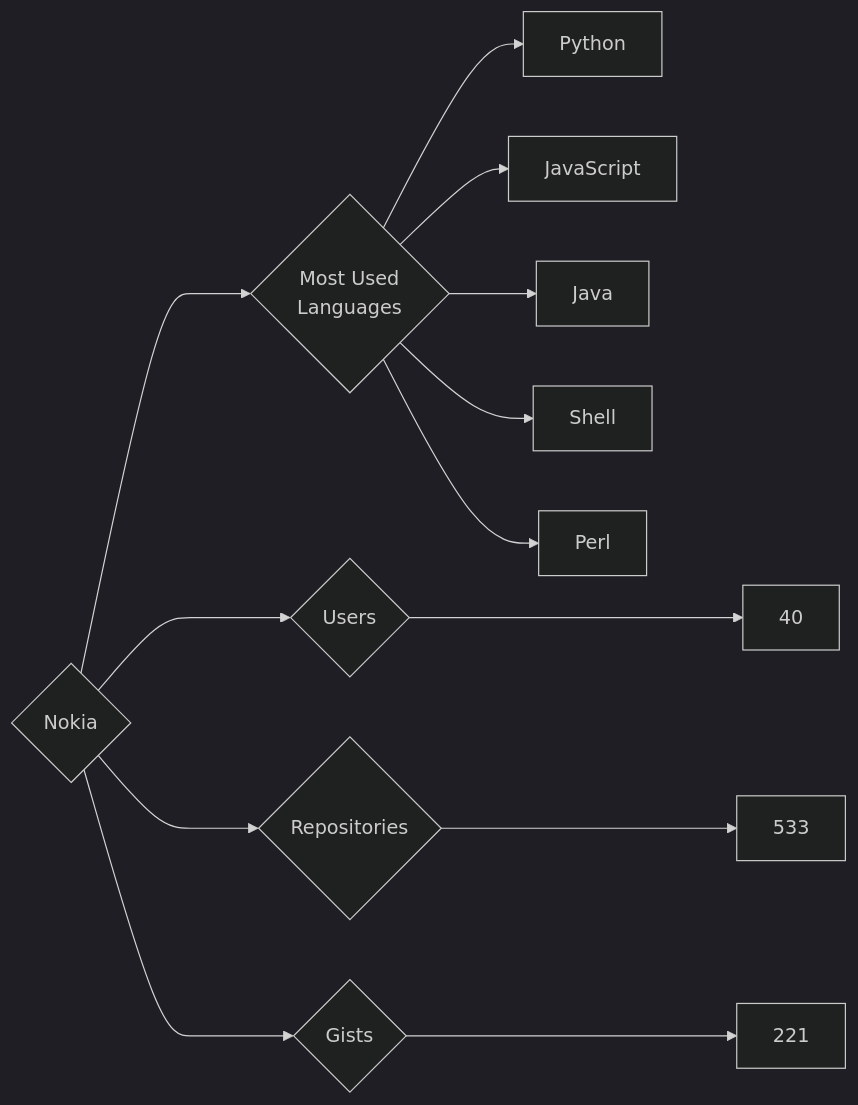
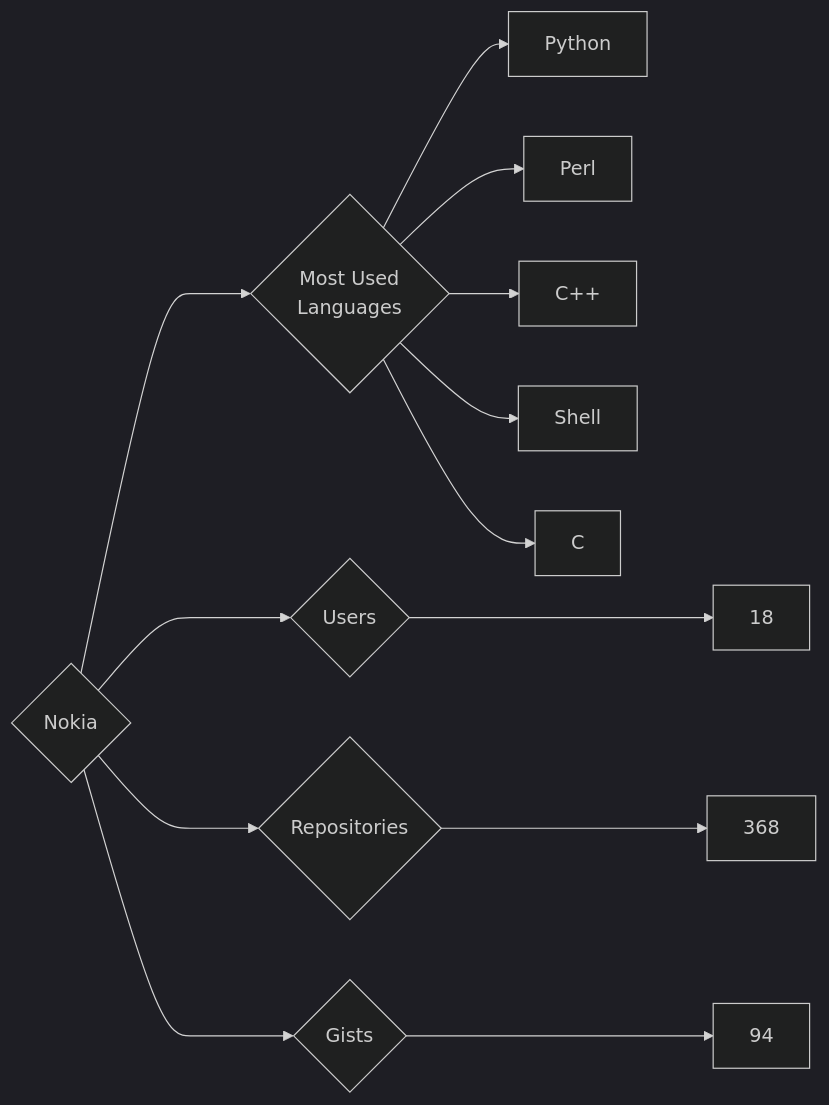
One commit to trickest/insiders changed the diagram in targets/Nokia/README.md. Above: the diagram before and after it, drawn with Mermaid (dark theme). The commit also changed 973 other files, not shown here.

````diff
--- a/targets/Nokia/README.md
+++ b/targets/Nokia/README.md
@@ -3,13 +3,13 @@
 ```mermaid
 graph LR
 COMPANY_NAME{Nokia}
-COMPANY_NAME ---> U{Users} ---> UN[40]
-COMPANY_NAME ---> R{Repositories} ---> RN[533]
-COMPANY_NAME ---> G{Gists} ---> GN[221]
+COMPANY_NAME ---> U{Users} ---> UN[18]
+COMPANY_NAME ---> R{Repositories} ---> RN[368]
+COMPANY_NAME ---> G{Gists} ---> GN[94]
 COMPANY_NAME ---> ML{Most Used<br>Languages}
 ML --> Python[Python]
-ML --> JavaScript[JavaScript]
-ML --> Java[Java]
+ML --> Perl[Perl]
+ML --> C++[C++]
 ML --> Shell[Shell]
-ML --> Perl[Perl]
+ML --> C[C]
 ```
````
